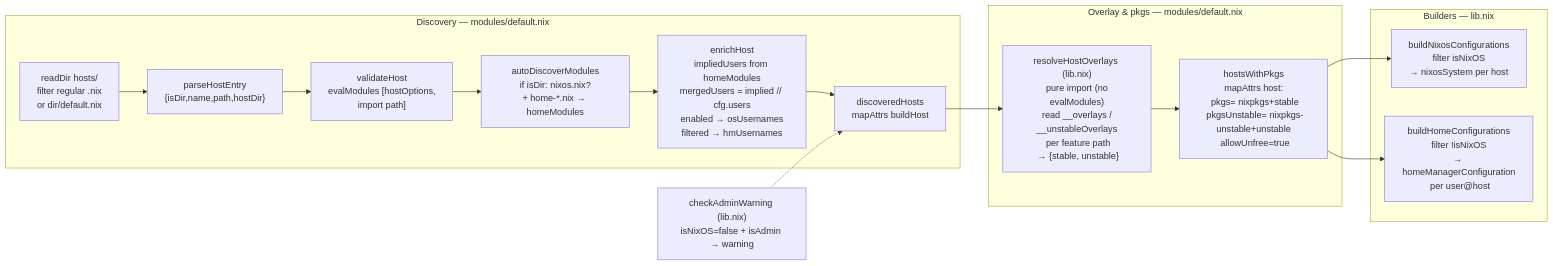
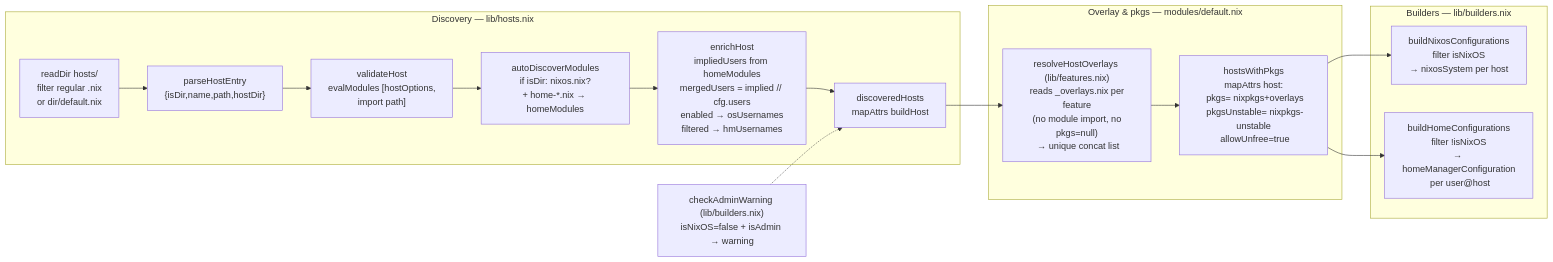
The second of 7 diagrams in DESIGN.md (WombatFromHell/automatic-palm-tree), drawn with Mermaid before and after one commit. The commit also changed other lines of this file and 1 other file, not shown here.

````diff
--- a/DESIGN.md
+++ b/DESIGN.md
@@ -77,23 +92,23 @@
 ```mermaid
 flowchart LR
-    subgraph Disc ["Discovery — modules/default.nix"]
+    subgraph Disc ["Discovery — lib/hosts.nix"]
         scan["readDir hosts/\nfilter regular .nix\nor dir/default.nix"] --> parse["parseHostEntry\n{isDir,name,path,hostDir}"]
         parse --> validate["validateHost\nevalModules [hostOptions,\n import path]"]
         validate --> auto["autoDiscoverModules\nif isDir: nixos.nix?\n+ home-*.nix → homeModules"]
         auto --> enrich["enrichHost\nimpliedUsers from homeModules\nmergedUsers = implied // cfg.users\nenabled → osUsernames\nfiltered → hmUsernames"]
         enrich --> discovered["discoveredHosts\nmapAttrs buildHost"]
     end
     subgraph Pkgs ["Overlay & pkgs — modules/default.nix"]
-        overlays["resolveHostOverlays (lib.nix)\n pure import (no evalModules)\n read __overlays / __unstableOverlays\n per feature path\n → {stable, unstable}"]
-        mkPkgs["hostsWithPkgs\nmapAttrs host:\n pkgs= nixpkgs+stable\n pkgsUnstable= nixpkgs-unstable+unstable\n allowUnfree=true"]
+        overlays["resolveHostOverlays (lib/features.nix)\n reads _overlays.nix per feature\n (no module import, no pkgs=null)\n → unique concat list"]
+        mkPkgs["hostsWithPkgs\nmapAttrs host:\n pkgs= nixpkgs+overlays\n pkgsUnstable= nixpkgs-unstable\n allowUnfree=true"]
         overlays --> mkPkgs
     end
-    subgraph Out ["Builders — lib.nix"]
+    subgraph Out ["Builders — lib/builders.nix"]
         nixos["buildNixosConfigurations\nfilter isNixOS\n→ nixosSystem per host"]
         hm["buildHomeConfigurations\nfilter !isNixOS\n→ homeManagerConfiguration\n per user@host"]
     end
     discovered --> overlays
     mkPkgs --> nixos & hm
 
-    checkWarn["checkAdminWarning (lib.nix)\nisNixOS=false + isAdmin → warning"] -.-> discovered
+    checkWarn["checkAdminWarning (lib/builders.nix)\nisNixOS=false + isAdmin → warning"] -.-> discovered
 ```
````
